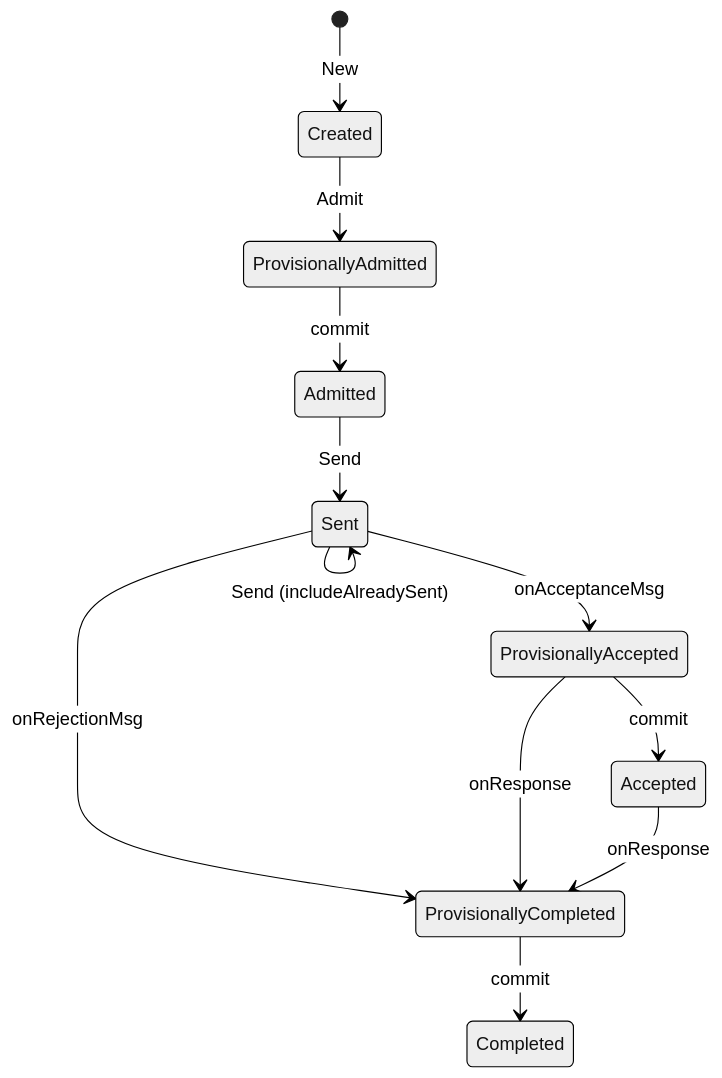
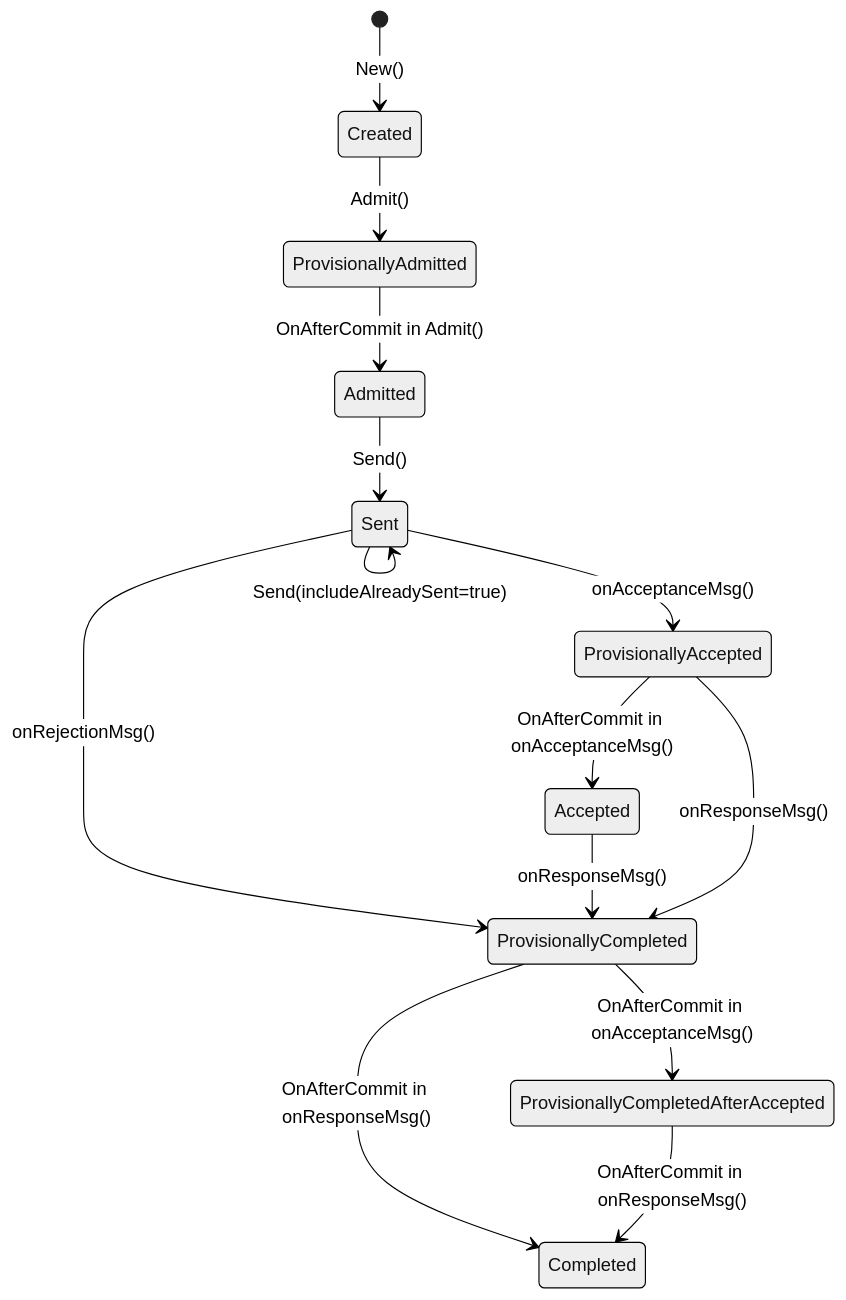
One commit to temporalio/temporal changed the first of 5 diagrams in docs/architecture/workflow-update.md. Above: the diagram before and after it, drawn with Mermaid (neutral theme). The commit also changed other lines of this file, not shown here.

````diff
--- a/docs/architecture/workflow-update.md
+++ b/docs/architecture/workflow-update.md
@@ -93,19 +93,22 @@
 ```mermaid
 stateDiagram-v2
-    [*] --> Created: New
-    Created --> ProvisionallyAdmitted: Admit
-    ProvisionallyAdmitted --> Admitted: commit
+    [*] --> Created: New()
+    Created --> ProvisionallyAdmitted: Admit()
+    ProvisionallyAdmitted --> Admitted: OnAfterCommit in Admit()
 
-    Admitted --> Sent: Send
-    Sent --> Sent: Send (includeAlreadySent)
+    Admitted --> Sent: Send()
+    Sent --> Sent: Send(includeAlreadySent=true)
 
-    Sent --> ProvisionallyAccepted: onAcceptanceMsg
-    ProvisionallyAccepted --> Accepted: commit
+    Sent --> ProvisionallyCompleted: onRejectionMsg()
 
-    Sent --> ProvisionallyCompleted: onRejectionMsg
+    Sent --> ProvisionallyAccepted: onAcceptanceMsg()
+    ProvisionallyAccepted --> Accepted: OnAfterCommit in onAcceptanceMsg()
 
-    ProvisionallyAccepted --> ProvisionallyCompleted: onResponse
-    Accepted --> ProvisionallyCompleted: onResponse
+    Accepted --> ProvisionallyCompleted: onResponseMsg()
 
-    ProvisionallyCompleted --> Completed: commit
+    ProvisionallyAccepted --> ProvisionallyCompleted: onResponseMsg()
+    ProvisionallyCompleted --> ProvisionallyCompletedAfterAccepted: OnAfterCommit in onAcceptanceMsg() 
+
+    ProvisionallyCompleted --> Completed: OnAfterCommit in onResponseMsg()
+    ProvisionallyCompletedAfterAccepted --> Completed: OnAfterCommit in onResponseMsg()
 ```
````
